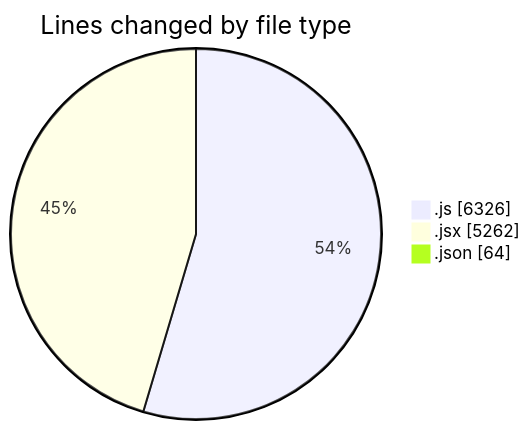
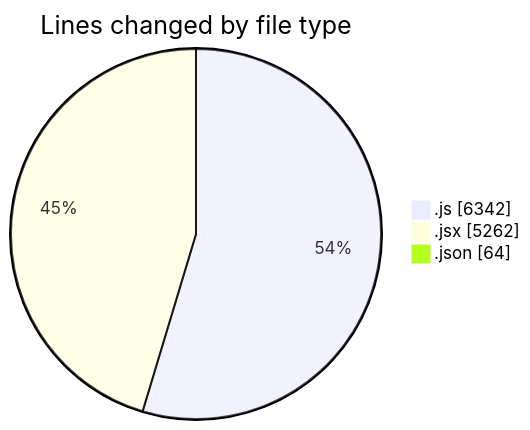
Before and after one commit to nxtqubesakshisongat/code-tracking: the first of 2 diagrams in 2025-08-07/nxtqube_webapp/README.md, drawn with Mermaid. The commit also changed other lines of this file and 1 other file, not shown here.

````diff
--- a/2025-08-07/nxtqube_webapp/README.md
+++ b/2025-08-07/nxtqube_webapp/README.md
@@ -25,7 +25,7 @@
 ```mermaid
 pie showData
 title Lines changed by file type
-".js" : 6326
+".js" : 6342
 ".jsx" : 5262
 ".json" : 64
 ```
````
